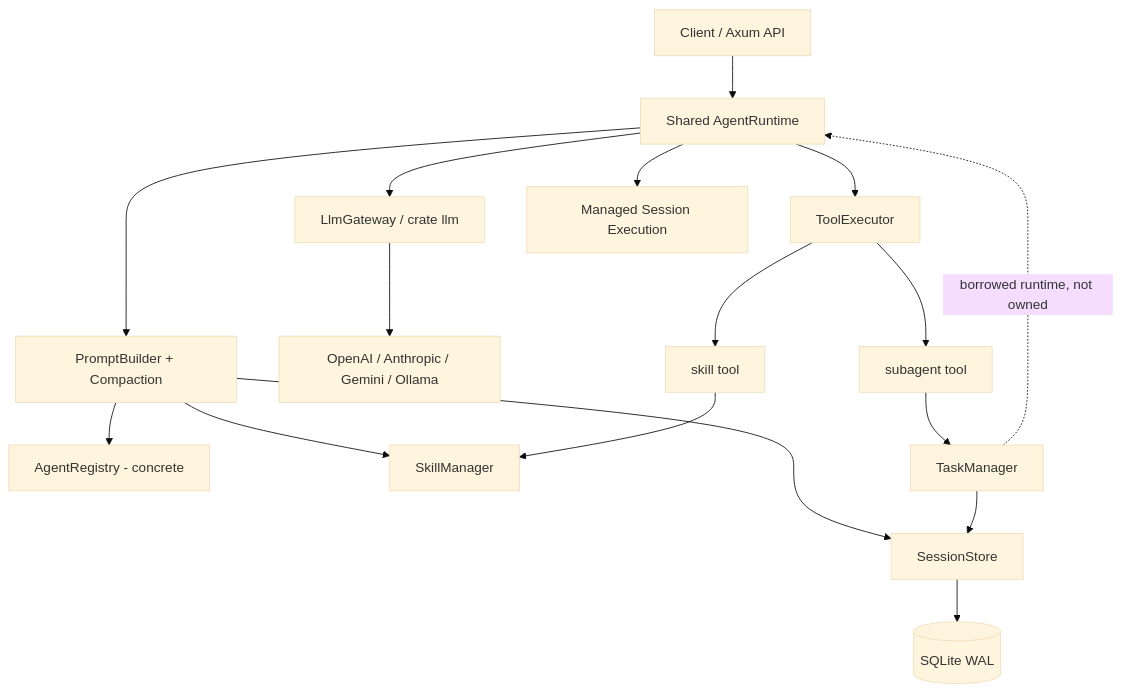
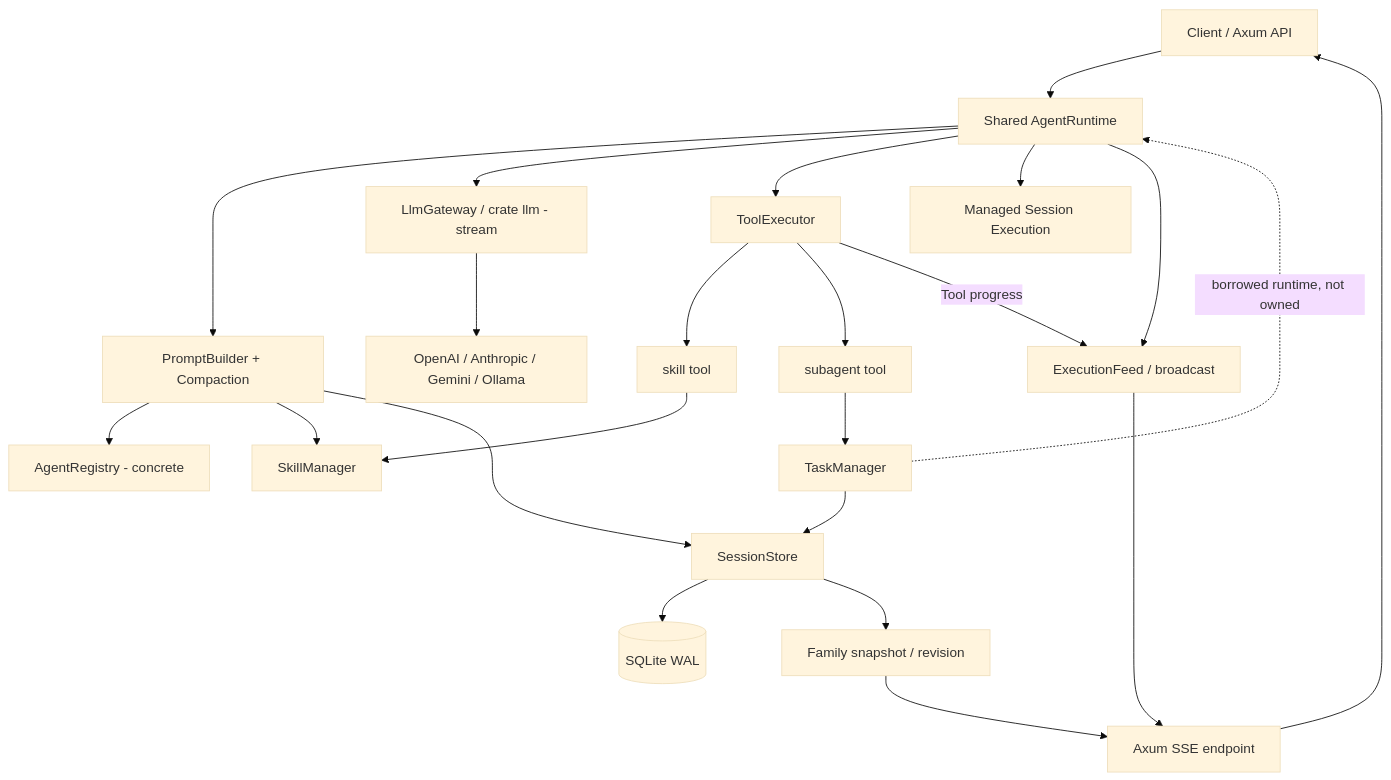
Before and after one commit to hailp-vn38/orchestrator_agent_rs: the diagram in docs/01-architecture.md, drawn with Mermaid (base theme). The commit also changed other lines of this file and 17 other files, not shown here.

Commit message:
docs: refine streaming execution ordering and snapshot invalidation

````diff
--- a/docs/01-architecture.md
+++ b/docs/01-architecture.md
@@ -5,19 +5,25 @@
 ```mermaid
 flowchart TB
     U[Client / Axum API] --> AR[Shared AgentRuntime]
     AR --> PB[PromptBuilder + Compaction]
     PB --> A[AgentRegistry - concrete]
     PB --> SK[SkillManager]
     PB --> S[SessionStore]
-    AR --> LL[LlmGateway / crate llm]
+    AR --> LL[LlmGateway / crate llm - stream]
     LL --> P[OpenAI / Anthropic / Gemini / Ollama]
     AR --> TX[ToolExecutor]
     AR --> EX[Managed Session Execution]
     TX --> ST[skill tool]
     ST --> SK
     TX --> DT[subagent tool]
     DT --> TM[TaskManager]
     TM --> S
     TM -. borrowed runtime, not owned .-> AR
     S --> DB[(SQLite WAL)]
+    AR --> EV[ExecutionFeed / broadcast]
+    TX -->|Tool progress| EV
+    EV --> SSE[Axum SSE endpoint]
+    S --> SNAP[Family snapshot / revision]
+    SNAP --> SSE
+    SSE --> U
 ```
````
